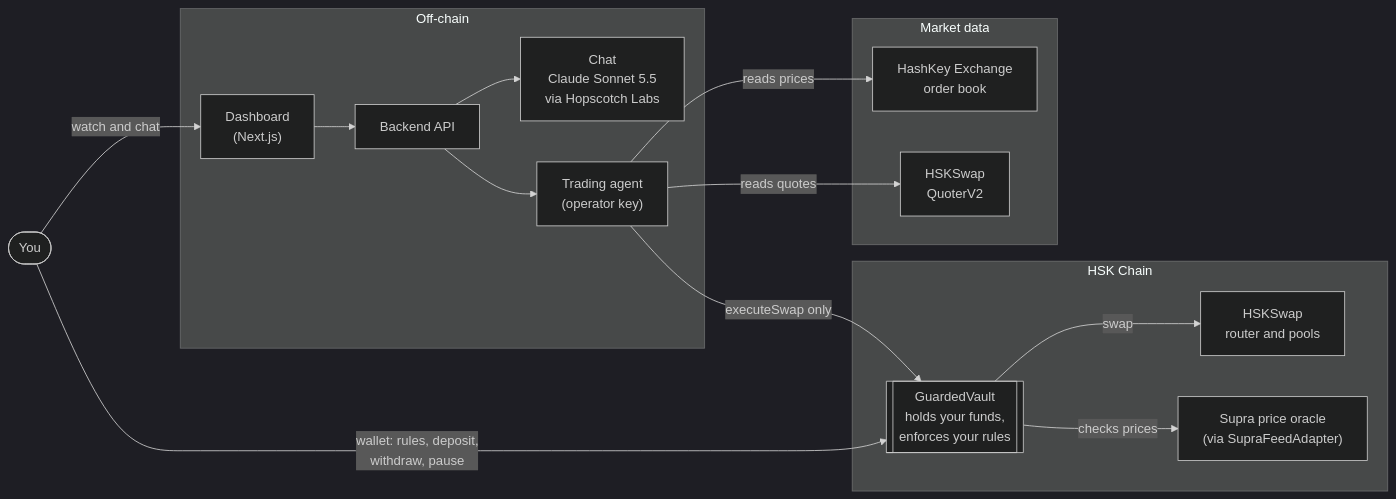
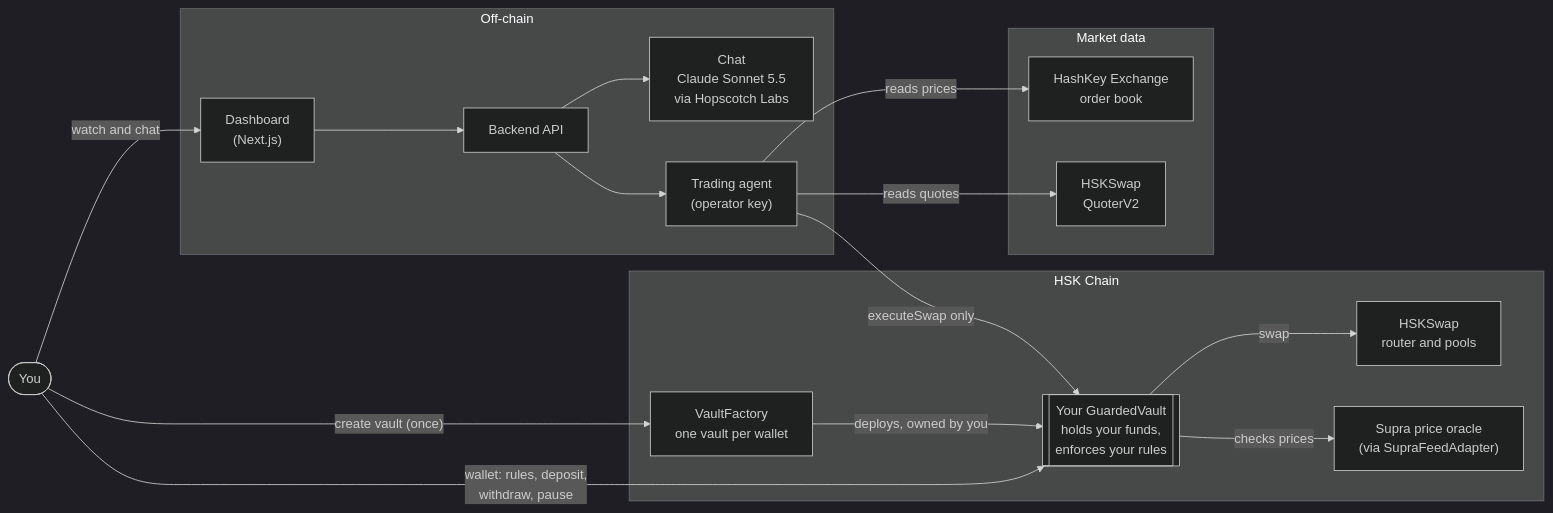
One commit to AAYUSH-GUPTA-coder/Kedia changed the second of 4 diagrams in README.md. Above: the diagram before and after it, drawn with Mermaid (dark theme). The commit also changed other lines of this file and 29 other files, not shown here.

First line of the commit message:
Let any wallet create its own vault, traded by one shared agent

````diff
--- a/README.md
+++ b/README.md
@@ -63,30 +63,33 @@
 ```mermaid
 flowchart LR
     User(["You"])
     subgraph Off-chain
         UI["Dashboard<br/>(Next.js)"]
         API["Backend API"]
         Agent["Trading agent<br/>(operator key)"]
         Chat["Chat<br/>Claude Sonnet 5.5<br/>via Hopscotch Labs"]
     end
     subgraph Market data
         HKX["HashKey Exchange<br/>order book"]
         Quoter["HSKSwap<br/>QuoterV2"]
     end
     subgraph HSK Chain
-        Vault[["GuardedVault<br/>holds your funds,<br/>enforces your rules"]]
+        Factory["VaultFactory<br/>one vault per wallet"]
+        Vault[["Your GuardedVault<br/>holds your funds,<br/>enforces your rules"]]
         Swap["HSKSwap<br/>router and pools"]
         Oracle["Supra price oracle<br/>(via SupraFeedAdapter)"]
     end
 
     User -- "watch and chat" --> UI
     UI --> API
     API --> Chat
     API --> Agent
     Agent -- "reads prices" --> HKX
     Agent -- "reads quotes" --> Quoter
     Agent -- "executeSwap only" --> Vault
+    User -- "create vault (once)" --> Factory
+    Factory -- "deploys, owned by you" --> Vault
     User -- "wallet: rules, deposit,<br/>withdraw, pause" --> Vault
     Vault -- "swap" --> Swap
     Vault -- "checks prices" --> Oracle
 ```
````
